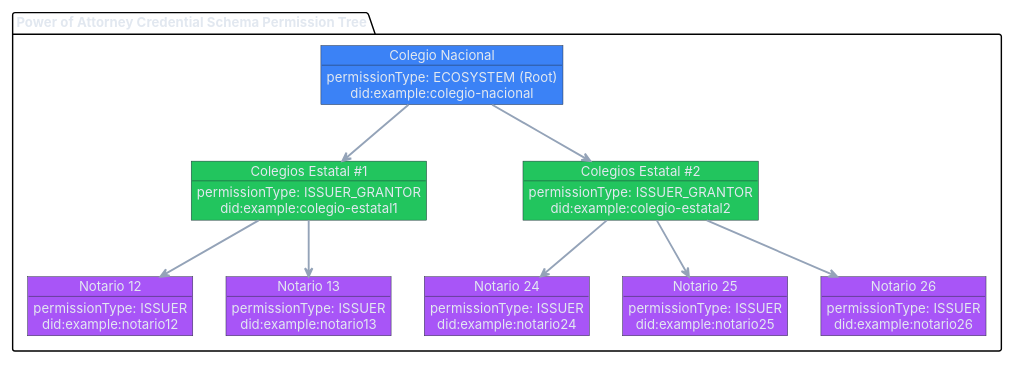
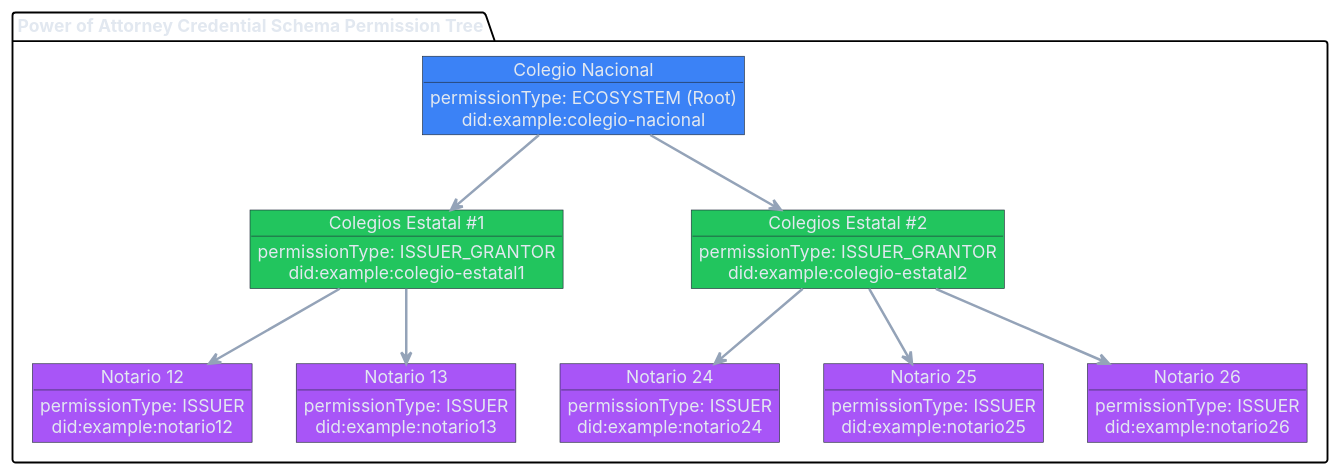
Before and after one commit to verana-labs/verana.io-website: the diagram in content/page/industry-use-cases/notaries.md, drawn with PlantUML.

Commit message:
notaries

```diff
--- a/content/page/industry-use-cases/notaries.md
+++ b/content/page/industry-use-cases/notaries.md
@@ -87,53 +87,52 @@
       @startuml
-      scale max 800 width
       skinparam backgroundColor transparent
       skinparam DefaultTextAlignment center
       skinparam defaultFontName "Inter"
       skinparam defaultFontColor #E2E8F0
       skinparam ArrowColor #94A3B8
       skinparam ArrowThickness 2
       skinparam ObjectBorderColor #1F2937
       skinparam ObjectFontColor #E2E8F0
       skinparam ObjectFontName "Inter"
       package "Power of Attorney Credential Schema Permission Tree" as cs {
           object "Colegio Nacional" as tr #3B82F6 {
               permissionType: ECOSYSTEM (Root)
               did:example:colegio-nacional
           }
           object "Colegios Estatal #1" as ig1 #22C55E {
               permissionType: ISSUER_GRANTOR
               did:example:colegio-estatal1
           }
           object "Colegios Estatal #2" as ig2 #22C55E {
               permissionType: ISSUER_GRANTOR
               did:example:colegio-estatal2
           }
           object "Notario 12" as issuer12 #A855F7 {
               permissionType: ISSUER
               did:example:notario12
           }
           object "Notario 13" as issuer13 #A855F7 {
               permissionType: ISSUER
               did:example:notario13
           }
           object "Notario 24" as issuer24 #A855F7 {
               permissionType: ISSUER
               did:example:notario24
           }
           object "Notario 25" as issuer25 #A855F7 {
               permissionType: ISSUER
               did:example:notario25
           }
           object "Notario 26" as issuer26 #A855F7 {
               permissionType: ISSUER
               did:example:notario26
           }
       }
       tr --> ig1
       tr --> ig2
       ig1 --> issuer12
       ig1 --> issuer13
       ig2 --> issuer24
       ig2 --> issuer25
       ig2 --> issuer26
       @enduml
```
